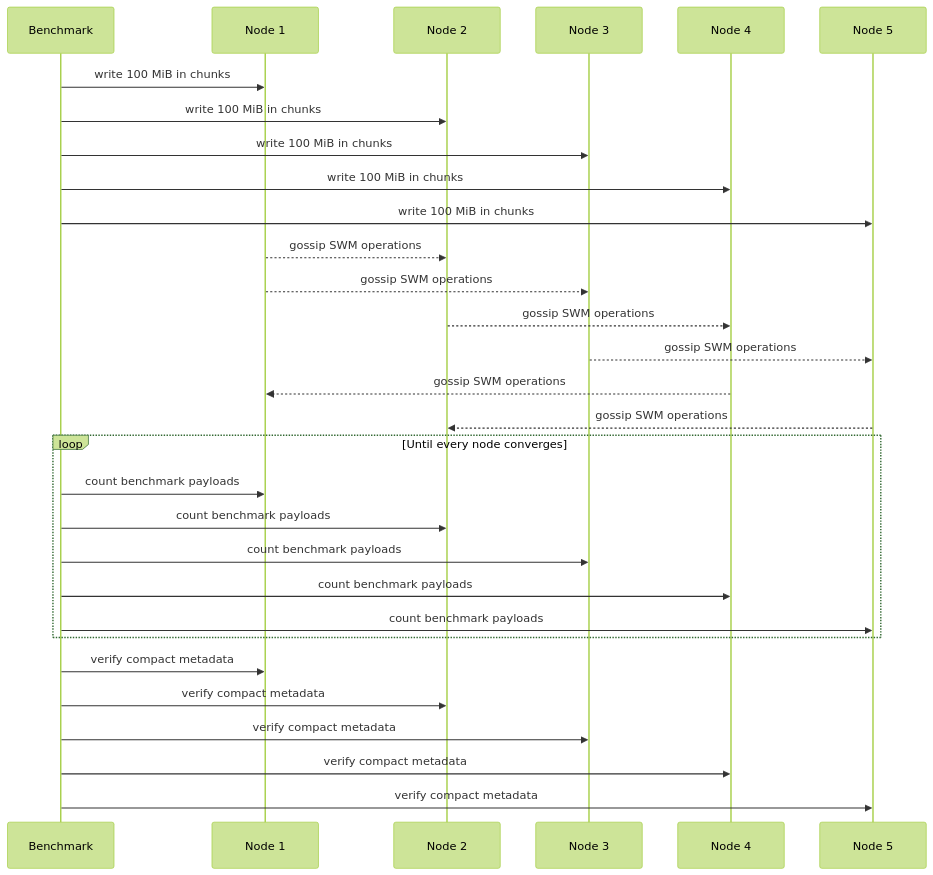
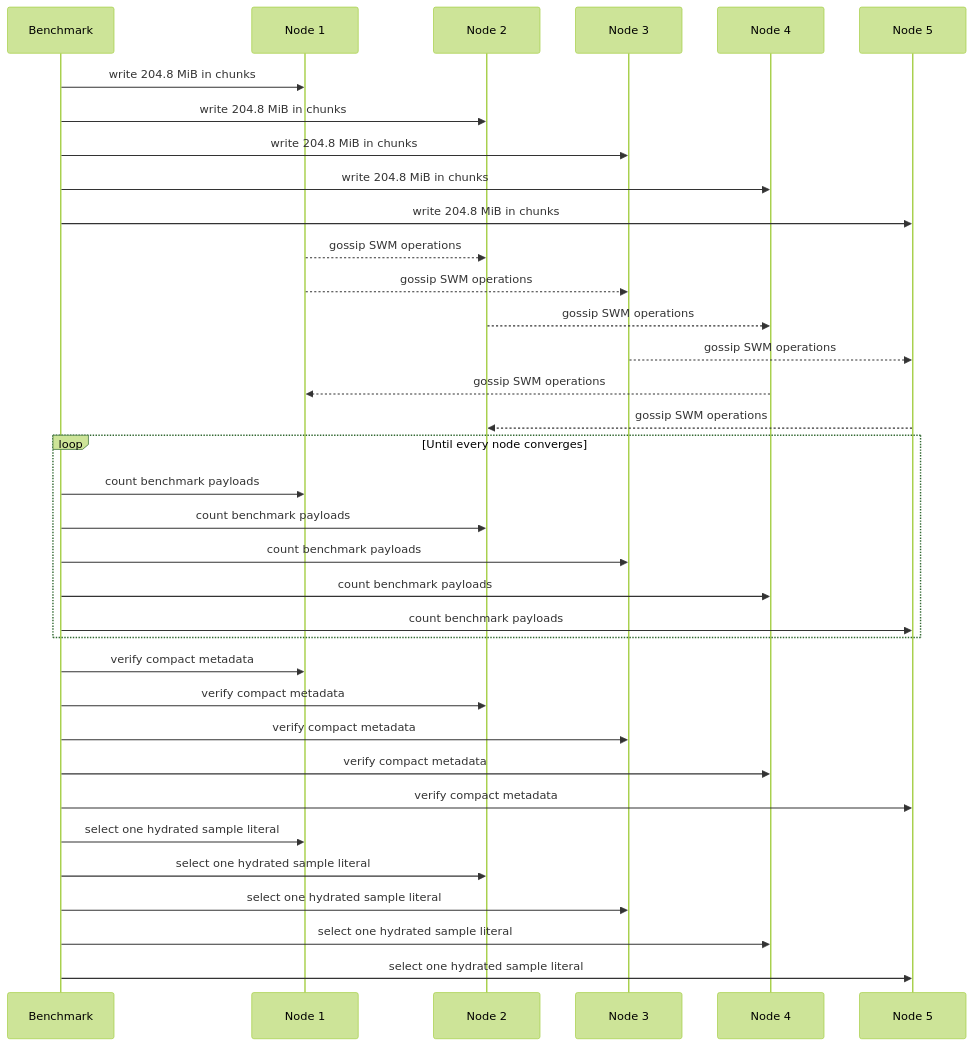
Before and after one commit to KilianTrunk/dkg: the sixth of 6 diagrams in docs/SWM_LARGE_PAYLOAD_STORAGE_AMPLIFICATION_PR.md, drawn with Mermaid (forest theme). The commit also changed other lines of this file and 13 other files, not shown here.

````diff
--- a/docs/SWM_LARGE_PAYLOAD_STORAGE_AMPLIFICATION_PR.md
+++ b/docs/SWM_LARGE_PAYLOAD_STORAGE_AMPLIFICATION_PR.md
@@ -178,36 +242,41 @@
 ```mermaid
 sequenceDiagram
   participant Bench as Benchmark
   participant N1 as Node 1
   participant N2 as Node 2
   participant N3 as Node 3
   participant N4 as Node 4
   participant N5 as Node 5
 
-  Bench->>N1: write 100 MiB in chunks
-  Bench->>N2: write 100 MiB in chunks
-  Bench->>N3: write 100 MiB in chunks
-  Bench->>N4: write 100 MiB in chunks
-  Bench->>N5: write 100 MiB in chunks
+  Bench->>N1: write 204.8 MiB in chunks
+  Bench->>N2: write 204.8 MiB in chunks
+  Bench->>N3: write 204.8 MiB in chunks
+  Bench->>N4: write 204.8 MiB in chunks
+  Bench->>N5: write 204.8 MiB in chunks
 
   N1-->>N2: gossip SWM operations
   N1-->>N3: gossip SWM operations
   N2-->>N4: gossip SWM operations
   N3-->>N5: gossip SWM operations
   N4-->>N1: gossip SWM operations
   N5-->>N2: gossip SWM operations
 
   loop Until every node converges
     Bench->>N1: count benchmark payloads
     Bench->>N2: count benchmark payloads
     Bench->>N3: count benchmark payloads
     Bench->>N4: count benchmark payloads
     Bench->>N5: count benchmark payloads
   end
 
   Bench->>N1: verify compact metadata
   Bench->>N2: verify compact metadata
   Bench->>N3: verify compact metadata
   Bench->>N4: verify compact metadata
   Bench->>N5: verify compact metadata
+  Bench->>N1: select one hydrated sample literal
+  Bench->>N2: select one hydrated sample literal
+  Bench->>N3: select one hydrated sample literal
+  Bench->>N4: select one hydrated sample literal
+  Bench->>N5: select one hydrated sample literal
 ```
````
